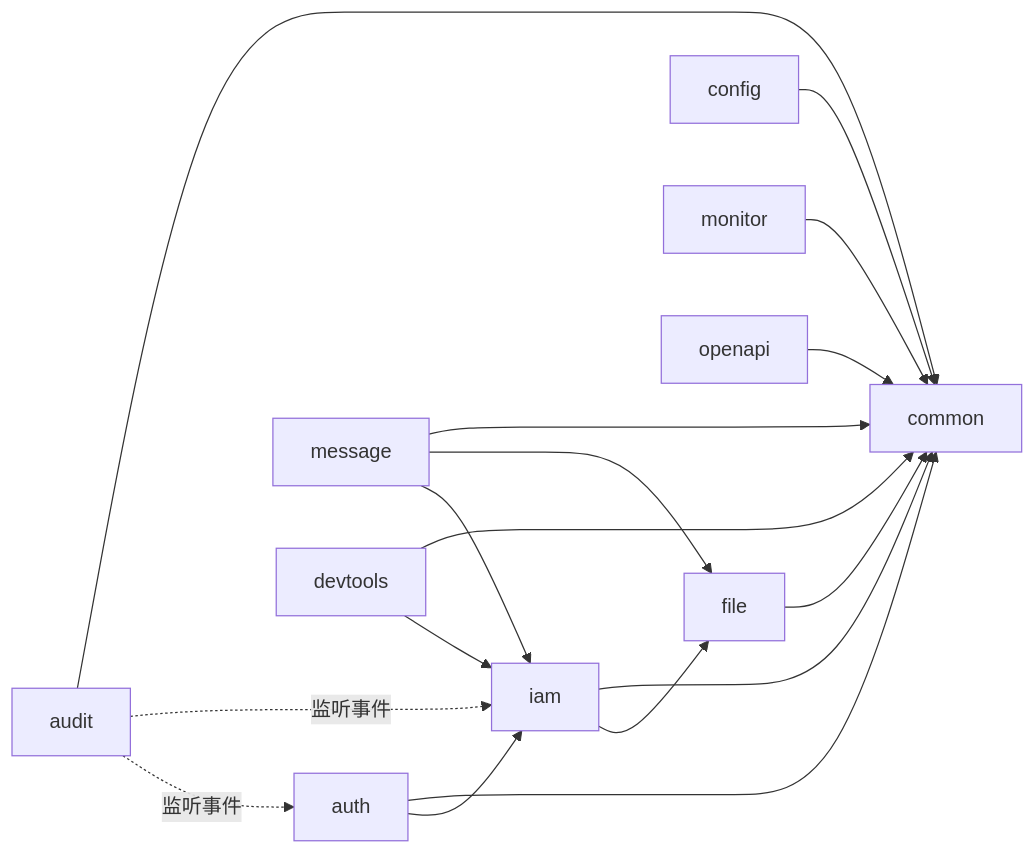
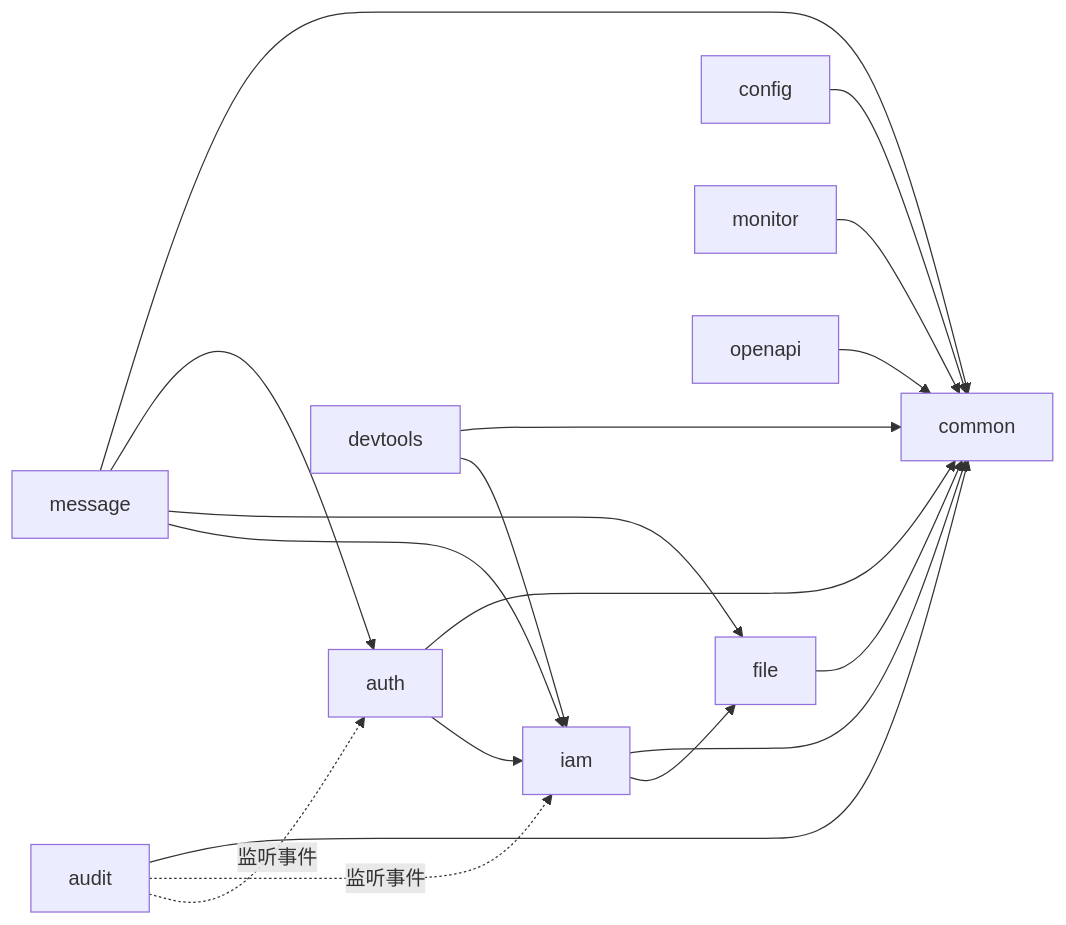
Before and after one commit to ice-juice/spring-modulith-admin: the diagram in README.md, drawn with Mermaid. The commit also changed other lines of this file and 20 other files, not shown here.

````diff
--- a/README.md
+++ b/README.md
@@ -66,11 +66,12 @@
 ```mermaid
 flowchart LR
   auth --> iam
   iam --> file
   message --> iam
   message --> file
+  message --> auth
   devtools --> iam
   audit -. 监听事件 .-> auth
   audit -. 监听事件 .-> iam
   iam & auth & config & audit & message & file & monitor & devtools & openapi --> common
 ```
````
